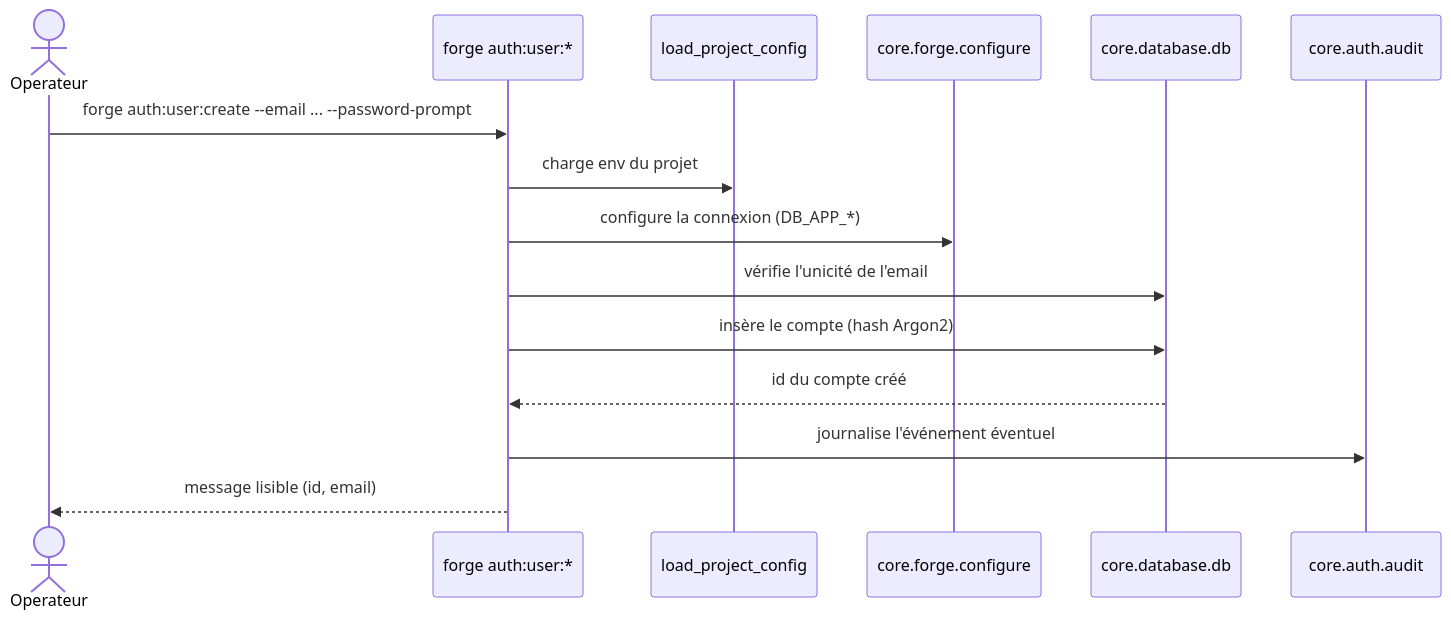
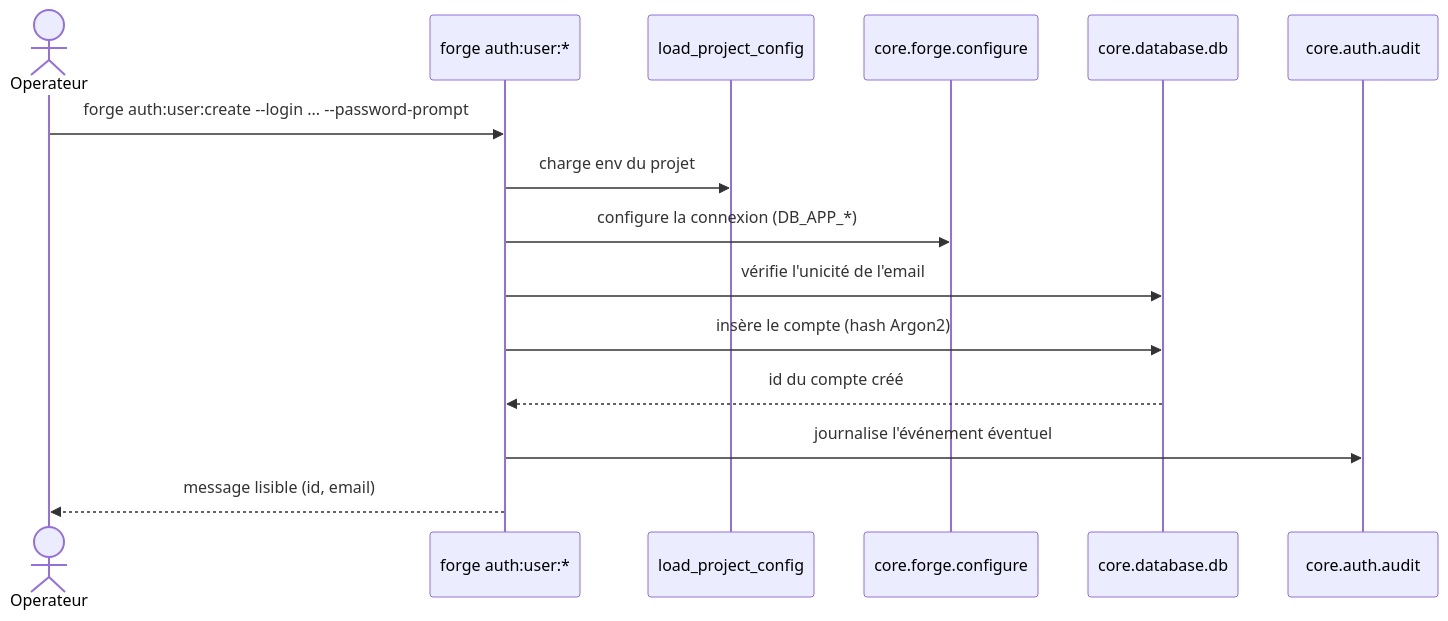
Before and after one commit to caucrogeGit/Forge: the second of 2 diagrams in cli/security/docs/auth.md, drawn with Mermaid. The commit also changed other lines of this file and 7 other files, not shown here.

First line of the commit message:
docs(auth): aligner la documentation sur le contrat login/email (AUTH-DOC-LOGIN-CONTRACT-001)

````diff
--- a/cli/security/docs/auth.md
+++ b/cli/security/docs/auth.md
@@ -109,18 +109,18 @@
 ```mermaid
 sequenceDiagram
     actor Operateur
     participant CLI as forge auth:user:*
     participant Config as load_project_config
     participant Forge as core.forge.configure
     participant DB as core.database.db
     participant Audit as core.auth.audit
 
-    Operateur->>CLI: forge auth:user:create --email ... --password-prompt
+    Operateur->>CLI: forge auth:user:create --login ... --password-prompt
     CLI->>Config: charge env du projet
     CLI->>Forge: configure la connexion (DB_APP_*)
     CLI->>DB: vérifie l'unicité de l'email
     CLI->>DB: insère le compte (hash Argon2)
     DB-->>CLI: id du compte créé
     CLI->>Audit: journalise l'événement éventuel
     CLI-->>Operateur: message lisible (id, email)
 ```
````
